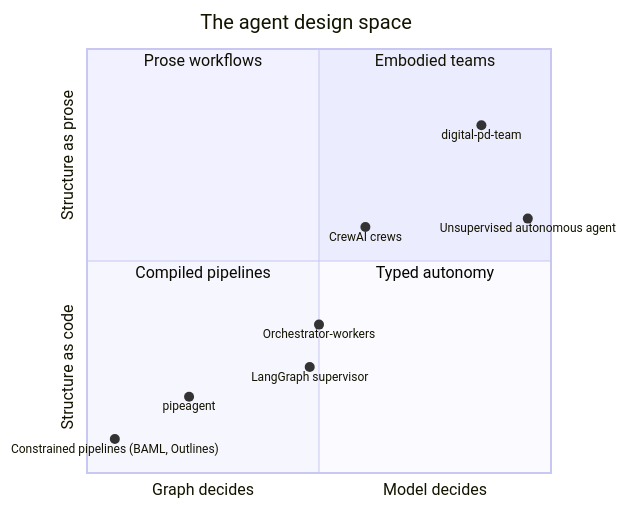
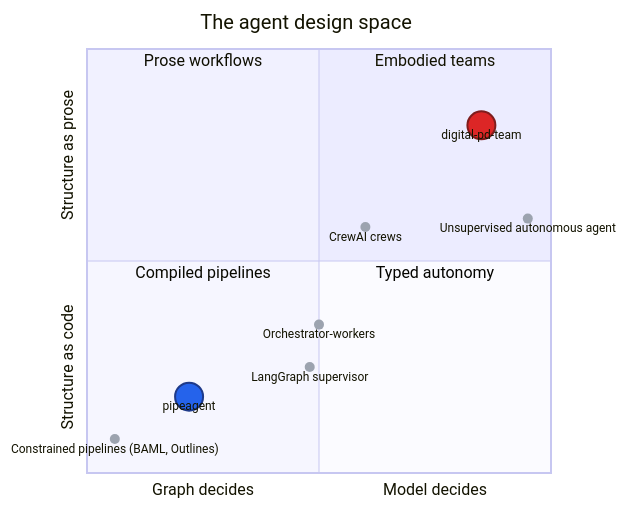
The diagram in docs/two-ways-to-build-crm-agents.md (kristjanelias-xtian/pipeagent), drawn with Mermaid before and after one commit. The commit also changed other lines of this file and 1 other file, not shown here.

Commit message:
docs: add strategic companion essay and highlight projects in quadrant chart
- New docs/agents-in-the-crm.md: standalone non-technical companion for
  product and design readers. Defines what an agent is in a CRM context,
  walks through the six registry jobs with good/bad output examples,
  introduces the two prototypes without code or frameworks, simplifies
  the tradeoffs into business terms, and gives an opinionated per-job
  recommendation table plus framing questions for org discussion.
- Technical essay: add a top callout linking to the new companion doc,
  and restyle the Mermaid quadrant chart so pipeagent (blue) and
  digital-pd-team (red) are visually dominant while neighboring patterns
  are dimmed to gray.
- Both essays cross-link each other via relative paths.

````diff
--- a/docs/two-ways-to-build-crm-agents.md
+++ b/docs/two-ways-to-build-crm-agents.md
@@ -202,17 +204,17 @@
 ```mermaid
 quadrantChart
     title The agent design space
     x-axis "Graph decides" --> "Model decides"
     y-axis "Structure as code" --> "Structure as prose"
     quadrant-1 Embodied teams
     quadrant-2 Prose workflows
     quadrant-3 Compiled pipelines
     quadrant-4 Typed autonomy
-    "pipeagent": [0.22, 0.18]
-    "digital-pd-team": [0.85, 0.82]
-    "Constrained pipelines (BAML, Outlines)": [0.06, 0.08]
-    "LangGraph supervisor": [0.48, 0.25]
-    "Orchestrator-workers": [0.5, 0.35]
-    "CrewAI crews": [0.6, 0.58]
-    "Unsupervised autonomous agent": [0.95, 0.6]
+    "pipeagent": [0.22, 0.18] radius: 14, color: #2563eb, stroke-color: #1e3a8a, stroke-width: 2px
+    "digital-pd-team": [0.85, 0.82] radius: 14, color: #dc2626, stroke-color: #7f1d1d, stroke-width: 2px
+    "Constrained pipelines (BAML, Outlines)": [0.06, 0.08] radius: 5, color: #9ca3af
+    "LangGraph supervisor": [0.48, 0.25] radius: 5, color: #9ca3af
+    "Orchestrator-workers": [0.5, 0.35] radius: 5, color: #9ca3af
+    "CrewAI crews": [0.6, 0.58] radius: 5, color: #9ca3af
+    "Unsupervised autonomous agent": [0.95, 0.6] radius: 5, color: #9ca3af
 ```
````
